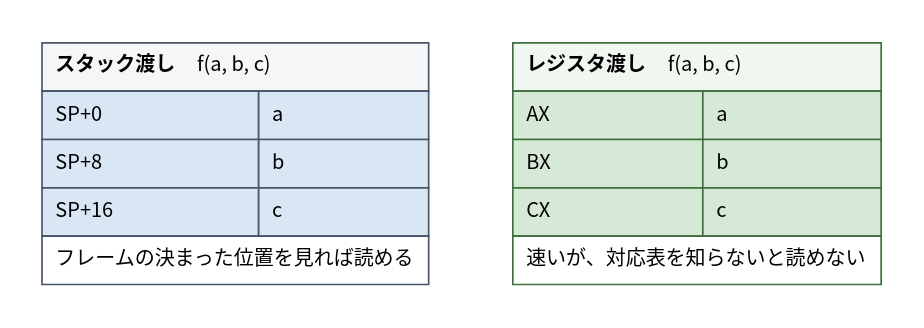
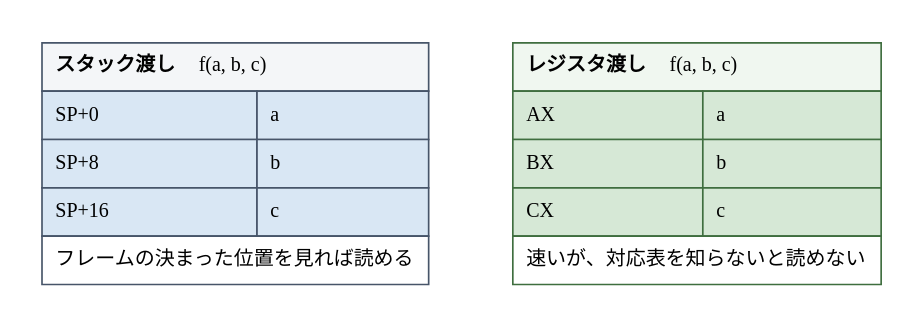
The diagram in diagrams/go-ebpf-primer/20260820-convention-stack-vs-register.dot (ymotongpoo/zenn.dev), drawn with Graphviz before and after one commit. The commit also changed 109 other files, not shown here.

First line of the commit message:
change: 図のフォントをIBM Plex Sans JP / Poppins / JetBrains Monoに整理

```diff
--- a/diagrams/go-ebpf-primer/20260820-convention-stack-vs-register.dot
+++ b/diagrams/go-ebpf-primer/20260820-convention-stack-vs-register.dot
@@ -1,42 +1,42 @@
 // スタック渡しとレジスタ渡し
 digraph convention_stack_vs_register {
   graph [
-    fontname="Harano Aji Gothic,Noto Sans CJK JP,IPAGothic", fontsize=13,
+    fontname="IBM Plex Sans JP", fontsize=13,
     rankdir=TB, compound=true, splines=true,
     nodesep=0.5, ranksep=0.7, pad=0.25,
     bgcolor="white", newrank=true
   ];
   node [
-    fontname="Harano Aji Gothic,Noto Sans CJK JP,IPAGothic", fontsize=12,
+    fontname="IBM Plex Sans JP", fontsize=12,
     shape=box, style="rounded,filled",
     fillcolor="#F1F5F9", color="#475569", penwidth=1.6,
     margin="0.2,0.14"
   ];
   edge [
-    fontname="Harano Aji Gothic,Noto Sans CJK JP,IPAGothic", fontsize=11,
+    fontname="IBM Plex Sans JP", fontsize=11,
     color="#334155", penwidth=1.4, arrowsize=0.9,
     fontcolor="#1E293B"
   ];
   rankdir=LR;
   nodesep=0.8;
 
   stackway [shape=plain, style="", label=<
     <table border="0" cellborder="1" cellspacing="0" cellpadding="7" color="#475569">
-      <tr><td colspan="2" align="left" bgcolor="#F4F6F8"><b>スタック渡し</b>　f(a, b, c)</td></tr>
-      <tr><td align="left" bgcolor="#D9E7F4">SP+0</td><td align="left" bgcolor="#D9E7F4">a</td></tr>
-      <tr><td align="left" bgcolor="#D9E7F4">SP+8</td><td align="left" bgcolor="#D9E7F4">b</td></tr>
-      <tr><td align="left" bgcolor="#D9E7F4">SP+16</td><td align="left" bgcolor="#D9E7F4">c</td></tr>
+      <tr><td colspan="2" align="left" bgcolor="#F4F6F8"><b>スタック渡し</b>　<font face="JetBrains Mono">f(a, b, c)</font></td></tr>
+      <tr><td align="left" bgcolor="#D9E7F4"><font face="JetBrains Mono">SP+0</font></td><td align="left" bgcolor="#D9E7F4"><font face="JetBrains Mono">a</font></td></tr>
+      <tr><td align="left" bgcolor="#D9E7F4"><font face="JetBrains Mono">SP+8</font></td><td align="left" bgcolor="#D9E7F4"><font face="JetBrains Mono">b</font></td></tr>
+      <tr><td align="left" bgcolor="#D9E7F4"><font face="JetBrains Mono">SP+16</font></td><td align="left" bgcolor="#D9E7F4"><font face="JetBrains Mono">c</font></td></tr>
       <tr><td colspan="2" align="left" bgcolor="#FFFFFF">フレームの決まった位置を見れば読める</td></tr>
     </table>>];
 
   regway [shape=plain, style="", label=<
     <table border="0" cellborder="1" cellspacing="0" cellpadding="7" color="#3F6E3F">
-      <tr><td colspan="2" align="left" bgcolor="#F0F7F0"><b>レジスタ渡し</b>　f(a, b, c)</td></tr>
-      <tr><td align="left" bgcolor="#D6E8D6">AX</td><td align="left" bgcolor="#D6E8D6">a</td></tr>
-      <tr><td align="left" bgcolor="#D6E8D6">BX</td><td align="left" bgcolor="#D6E8D6">b</td></tr>
-      <tr><td align="left" bgcolor="#D6E8D6">CX</td><td align="left" bgcolor="#D6E8D6">c</td></tr>
+      <tr><td colspan="2" align="left" bgcolor="#F0F7F0"><b>レジスタ渡し</b>　<font face="JetBrains Mono">f(a, b, c)</font></td></tr>
+      <tr><td align="left" bgcolor="#D6E8D6"><font face="JetBrains Mono">AX</font></td><td align="left" bgcolor="#D6E8D6"><font face="JetBrains Mono">a</font></td></tr>
+      <tr><td align="left" bgcolor="#D6E8D6"><font face="JetBrains Mono">BX</font></td><td align="left" bgcolor="#D6E8D6"><font face="JetBrains Mono">b</font></td></tr>
+      <tr><td align="left" bgcolor="#D6E8D6"><font face="JetBrains Mono">CX</font></td><td align="left" bgcolor="#D6E8D6"><font face="JetBrains Mono">c</font></td></tr>
       <tr><td colspan="2" align="left" bgcolor="#FFFFFF">速いが、対応表を知らないと読めない</td></tr>
     </table>>];
 
   stackway -> regway [style=invis];
 }
```
